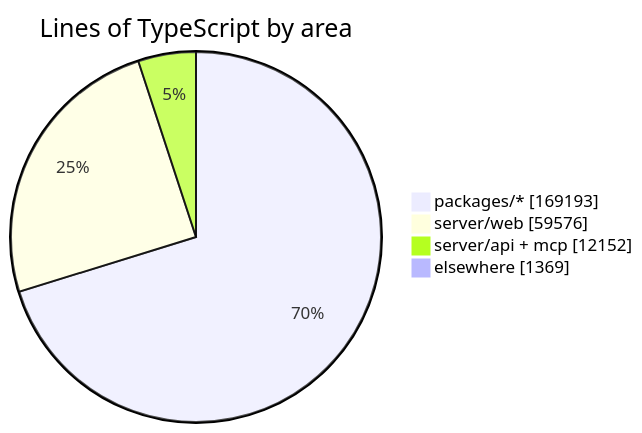
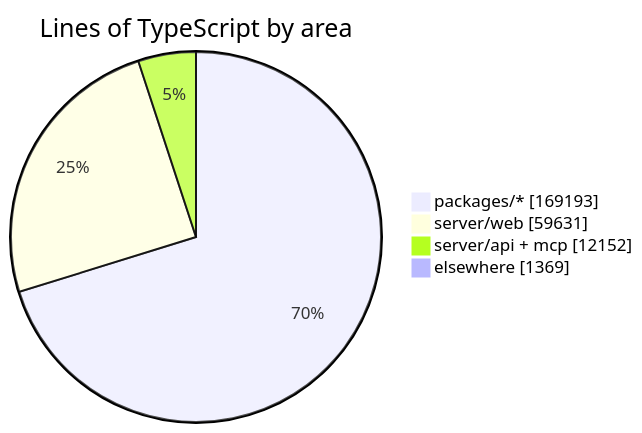
One commit to crossworks-engineering/mantle changed the diagram in README.md. Above: the diagram before and after it, drawn with Mermaid. The commit also changed other lines of this file and 2 other files, not shown here.

````diff
--- a/README.md
+++ b/README.md
@@ -279,7 +279,7 @@
 ```mermaid
 pie showData title Lines of TypeScript by area
     "packages/*" : 169193
-    "server/web" : 59576
+    "server/web" : 59631
     "server/api + mcp" : 12152
     "elsewhere" : 1369
 ```
````
